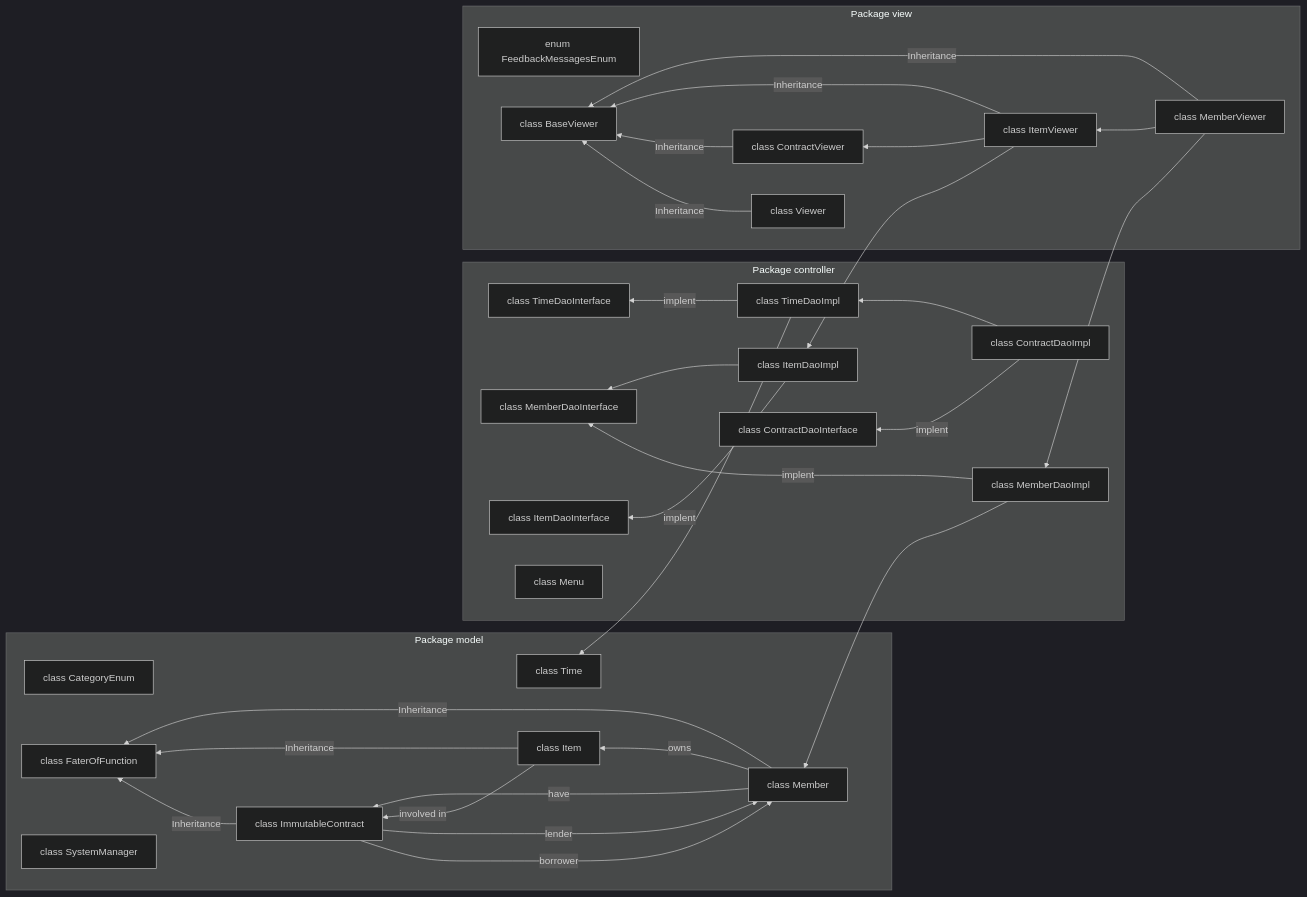
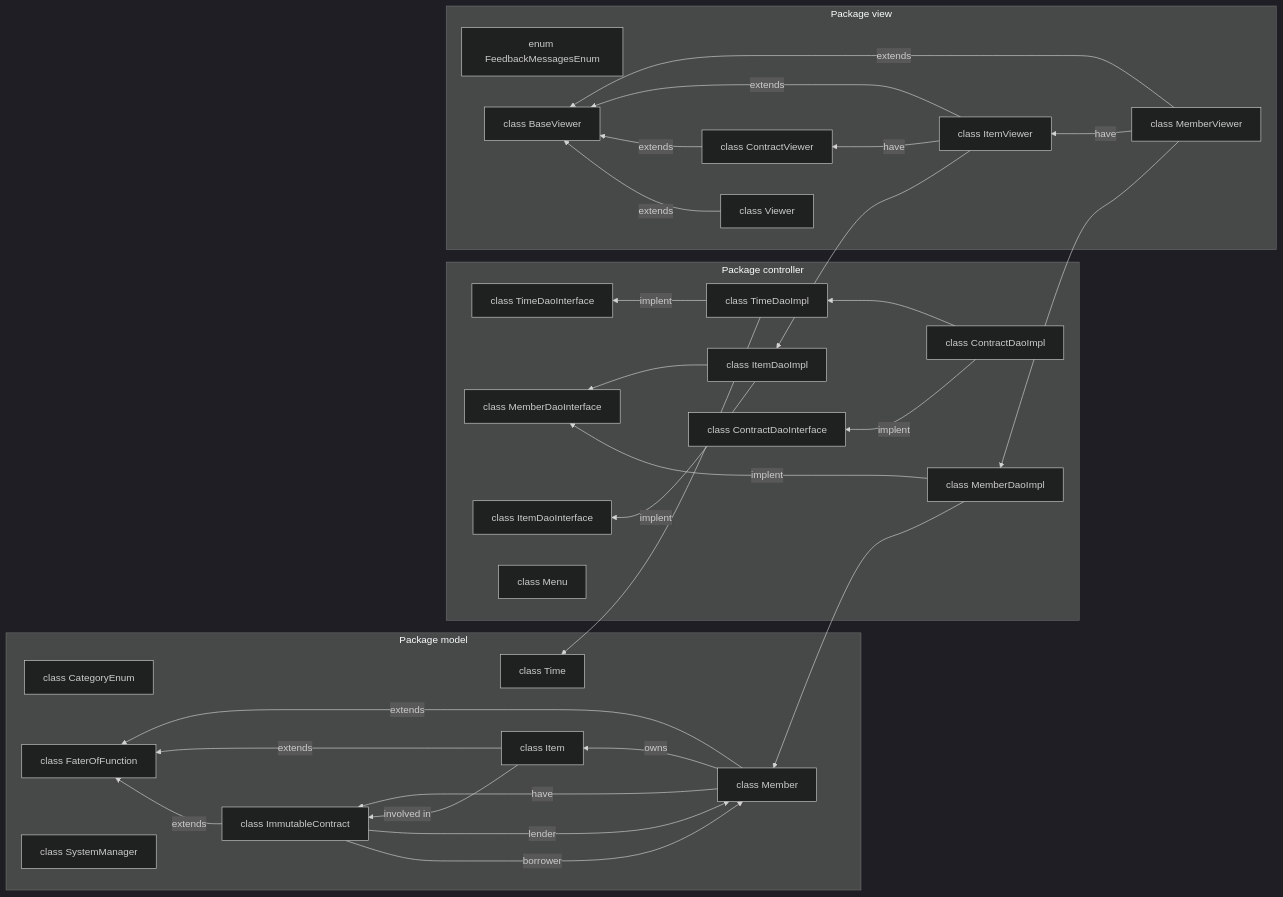
One commit to ashkar99/Stuff-Lending-System changed the first of 5 diagrams in design.md. Above: the diagram before and after it, drawn with Mermaid (dark theme).

Commit message:
Update file design.md

````diff
--- a/design.md
+++ b/design.md
@@ -2,72 +2,72 @@
 ```mermaid
 
 graph RL
     subgraph Package model
     model1[class Time]
     model2[class Member]
     model3[class Item]
     model4[class CategoryEnum]
     model5[class ImmutableContract]
     model6[class FaterOfFunction]
     model7[class SystemManager ]
 
     end
 
     subgraph Package controller
     controller1[class TimeDaoImpl]  
     controller2[class TimeDaoInterface]      
     controller3[class MemberDaoInterface] 
     controller4[class MemberDaoImpl]     
     controller5[class ItemDaoInterface]  
     controller6[class ItemDaoImpl]       
     controller7[class ContractDaoInterface] 
     controller8[class ContractDaoImpl]
     controller9[ class Menu]
         
     end
 
     subgraph Package view
     view1[class MemberViewer]
     view2[class ItemViewer]
     view3[class ContractViewer]
     view4[enum FeedbackMessagesEnum]
     view5[class BaseViewer]
     view6[class Viewer]
     
     end
 
     controller6 --> controller3
     controller8 --> controller1
 
 
     model2 --"owns"--> model3 
     model2 --"have"--> model5 
     model3 --"involved in"--> model5 
     model5 --"lender"--> model2 
     model5 --"borrower"--> model2 
 
     
-    model2 --"Inheritance"--> model6
-    model3 --"Inheritance"--> model6
-    model5 --"Inheritance"--> model6
+    model2 --"extends"--> model6
+    model3 --"extends"--> model6
+    model5 --"extends"--> model6
     
-    view1 --> view2
-    view2 --> view3
+    view1 --"have"--> view2
+    view2 --"have"--> view3
 
     controller6 --"implent"--> controller5  
     controller4 --"implent"--> controller3 
     controller8 --"implent"--> controller7  
     controller1 --"implent"--> controller2 
     
 
     controller1 --> model1
     controller4 --> model2
     
     view2 --> controller6
     view1 --> controller4
-    view1 --"Inheritance"--> view5
-    view2 --"Inheritance"--> view5
-    view3 --"Inheritance"--> view5
-    view6 --"Inheritance"--> view5
+    view1 --"extends"--> view5
+    view2 --"extends"--> view5
+    view3 --"extends"--> view5
+    view6 --"extends"--> view5
 
 ```
````
